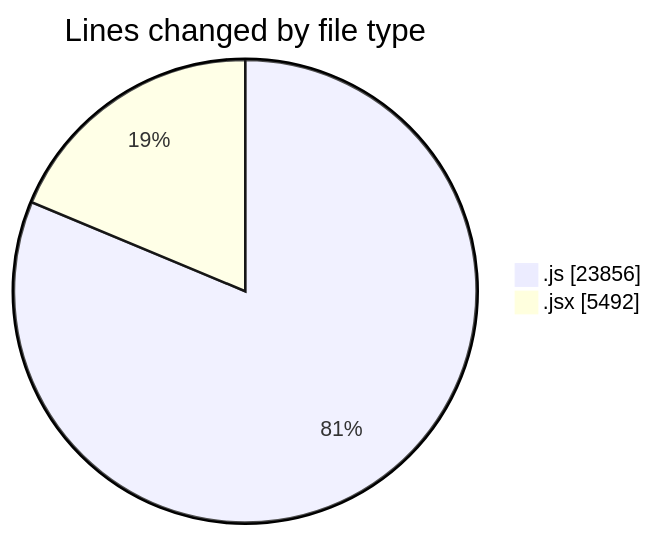
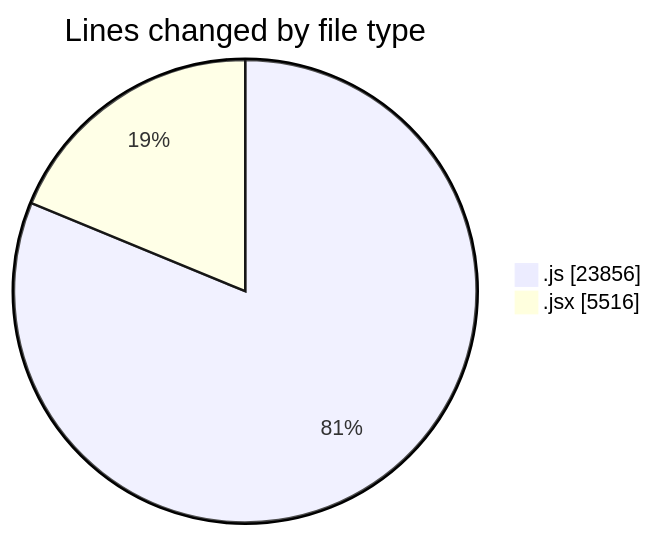
One commit to nxtqubesakshisongat/code-tracking changed the first of 2 diagrams in 2025-10-01/nxtqube_webapp/README.md. Above: the diagram before and after it, drawn with Mermaid. The commit also changed other lines of this file and 1 other file, not shown here.

````diff
--- a/2025-10-01/nxtqube_webapp/README.md
+++ b/2025-10-01/nxtqube_webapp/README.md
@@ -25,6 +25,6 @@
 ```mermaid
 pie showData
 title Lines changed by file type
 ".js" : 23856
-".jsx" : 5492
+".jsx" : 5516
 ```
````
